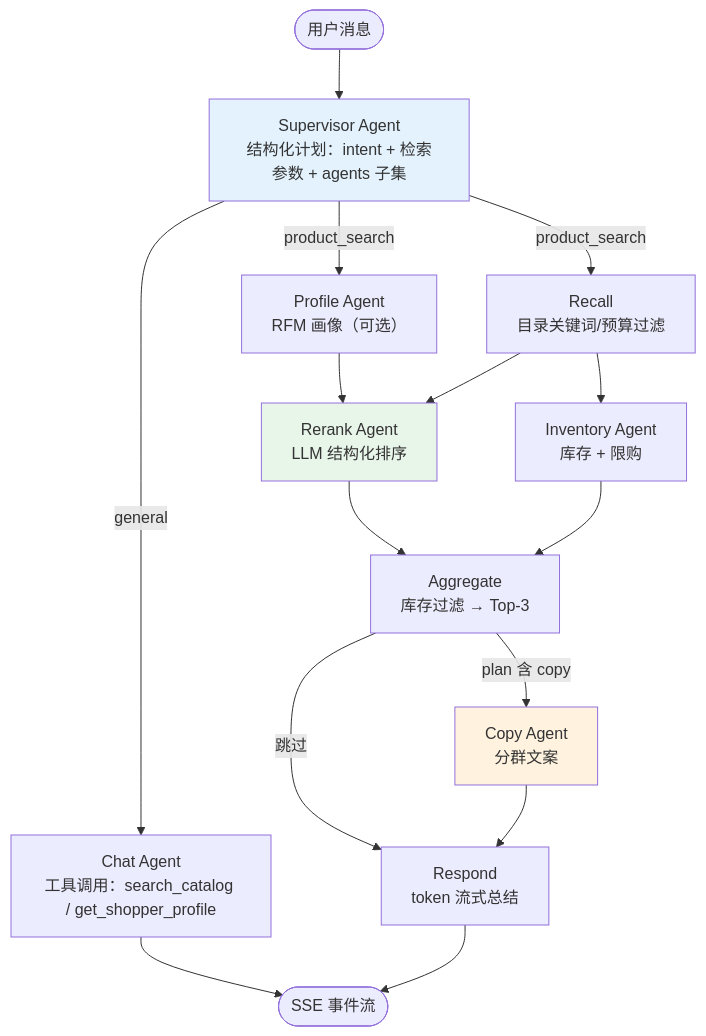
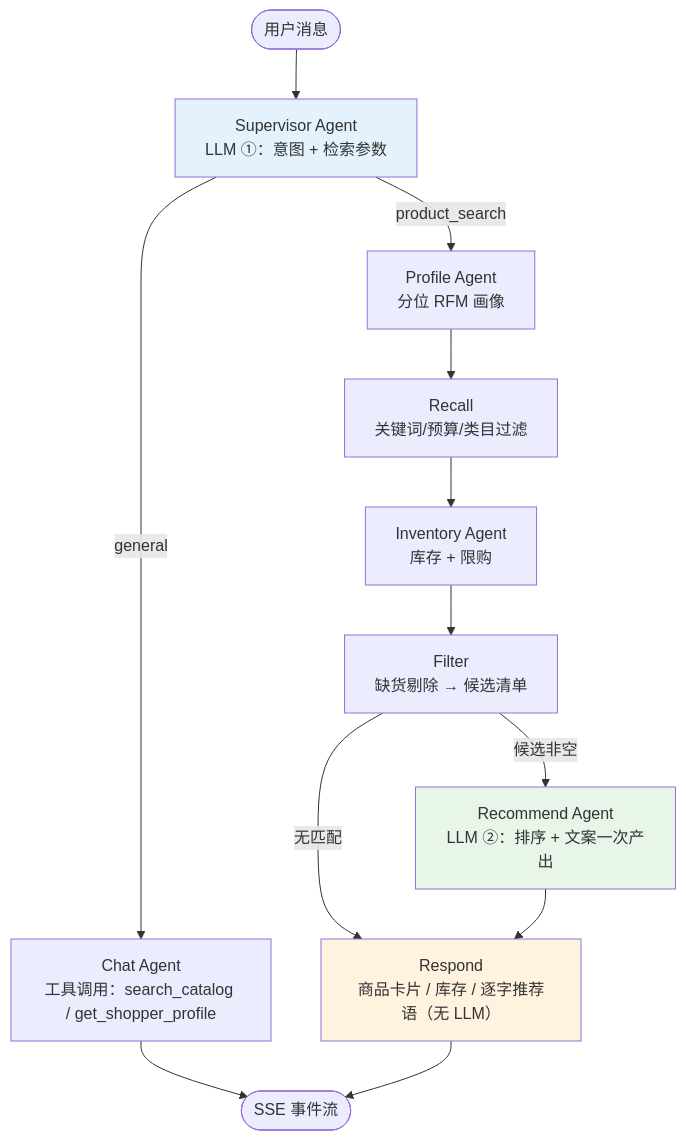
The diagram in README.md (heyheyHazel/Awesome-Agentic-Shopping-Assistant), drawn with Mermaid before and after one commit. The commit also changed other lines of this file and 22 other files, not shown here.

Commit message:
refactor(ui): drop the RFM clustering card from the profile panel

````diff
--- a/README.md
+++ b/README.md
@@ -29,21 +30,18 @@
 ```mermaid
 graph TD
-    START([用户消息]) --> SUP["Supervisor Agent<br/>结构化计划：intent + 检索参数 + agents 子集"]
+    START([用户消息]) --> SUP["Supervisor Agent<br/>LLM ①：意图 + 检索参数"]
     SUP -->|"general"| CHAT["Chat Agent<br/>工具调用：search_catalog / get_shopper_profile"]
-    SUP -->|"product_search"| PROFILE["Profile Agent<br/>RFM 画像（可选）"]
-    SUP -->|"product_search"| RECALL["Recall<br/>目录关键词/预算过滤"]
-    PROFILE --> RERANK["Rerank Agent<br/>LLM 结构化排序"]
-    RECALL --> RERANK
-    RERANK --> AGG["Aggregate<br/>库存过滤 → Top-3"]
+    SUP -->|"product_search"| PROFILE["Profile Agent<br/>分位 RFM 画像"]
+    PROFILE --> RECALL["Recall<br/>关键词/预算/类目过滤"]
     RECALL --> INV["Inventory Agent<br/>库存 + 限购"]
-    INV --> AGG
-    AGG -->|"plan 含 copy"| COPY["Copy Agent<br/>分群文案"]
-    AGG -->|"跳过"| RESP["Respond<br/>token 流式总结"]
-    COPY --> RESP
+    INV --> FILTER["Filter<br/>缺货剔除 → 候选清单"]
+    FILTER -->|"候选非空"| REC["Recommend Agent<br/>LLM ②：排序 + 文案一次产出"]
+    FILTER -->|"无匹配"| RESP
+    REC --> RESP["Respond<br/>商品卡片 / 库存 / 逐字推荐语（无 LLM）"]
     CHAT --> DONE([SSE 事件流])
     RESP --> DONE
 
     style SUP fill:#e3f2fd
-    style RERANK fill:#e8f5e9
-    style COPY fill:#fff3e0
+    style REC fill:#e8f5e9
+    style RESP fill:#fff3e0
 ```
````
